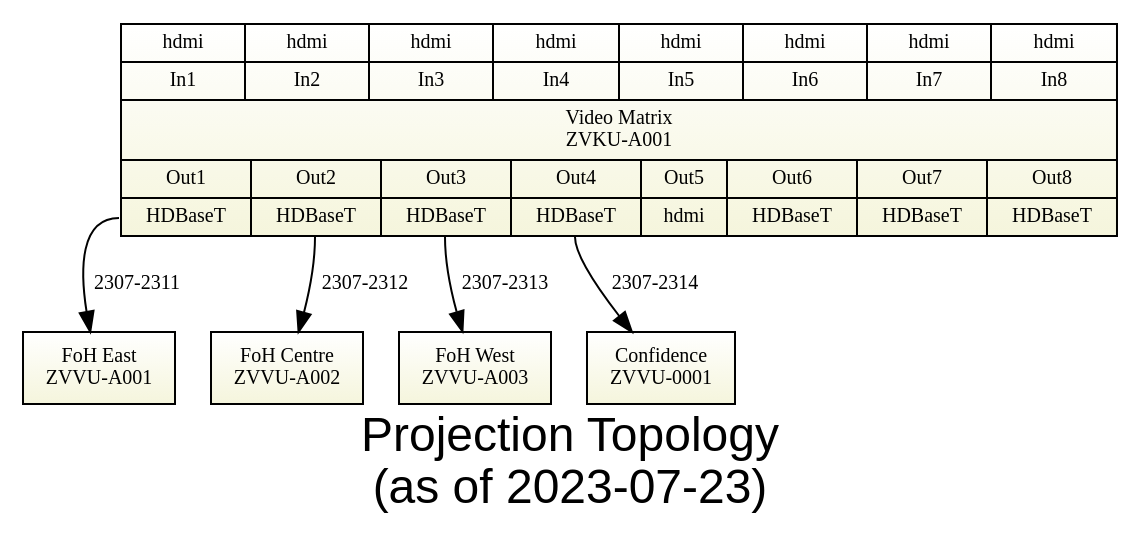
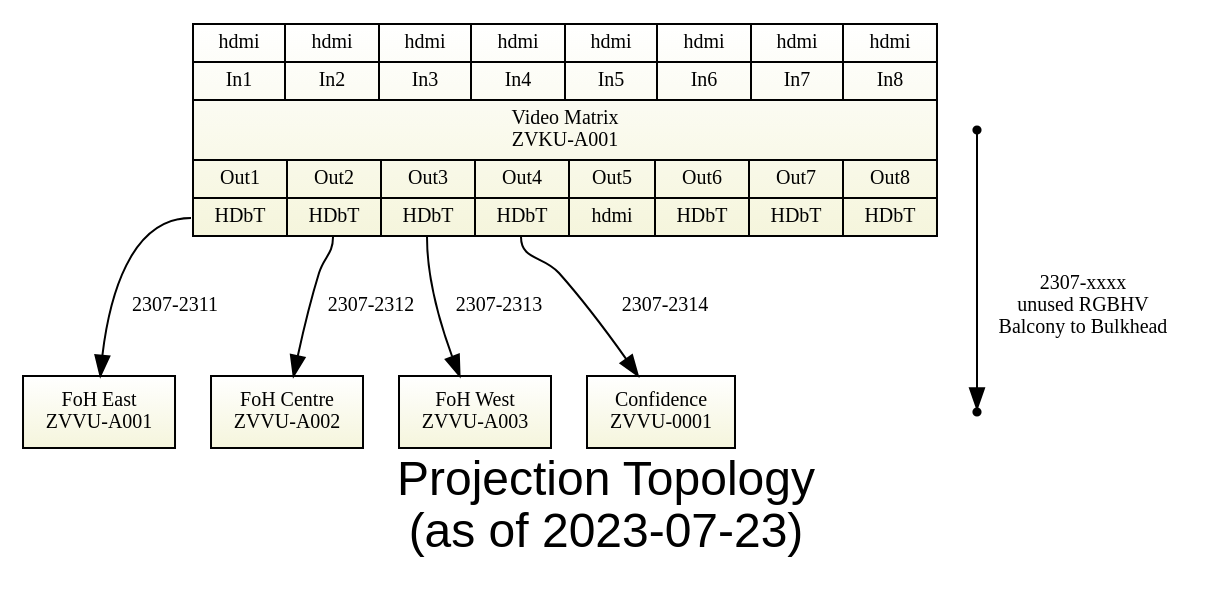
One commit to avmaint/uactechdoc changed the diagram in sdv-topology2-projection.gv. Above: the diagram before and after it, drawn with Graphviz.

Commit message:
added RGBHV cable

```diff
--- a/sdv-topology2-projection.gv
+++ b/sdv-topology2-projection.gv
@@ -1,26 +1,30 @@
 digraph projectiontopology { 
 graph [overlap = true, fontsize = 24, 
       label="Projection Topology\n(as of 2023-07-23)",
       fontname = Helvetica]
     
 node [shape=record, style=filled , fillcolor="white:beige",fontsize = 10,  
       gradientangle=270]
 zvkua001 [label="{
   {{<i1>hdmi|In1}|{<i2>hdmi|In2}|{<i3>hdmi|In3}|{<i4>hdmi|In4}|{<i5>hdmi|In5}|{<i6>hdmi|In6}|{<i7>hdmi|In7}|{<i8>hdmi|In8}}
   |Video Matrix\nZVKU-A001|
-  {{Out1|<o1>HDBaseT}|{Out2|<o2>HDBaseT}|{Out3|<o3>HDBaseT}|{Out4|<o4>HDBaseT}|{Out5|<o5>hdmi}|{Out6|<o6>HDBaseT}|{Out7|<o7>HDBaseT}|{Out8|<o8>HDBaseT} } }"]
+  {{Out1|<o1>HDbT}|{Out2|<o2>HDbT}|{Out3|<o3>HDbT}|{Out4|<o4>HDbT}|{Out5|<o5>hdmi}|{Out6|<o6>HDbT}|{Out7|<o7>HDbT}|{Out8|<o8>HDbT} } }"]
   
 node [shape=record, tooltip="" ]
  
 zvvua001 [label="{FoH East\nZVVU-A001}"] 
 zvvua002 [label="{FoH Centre\nZVVU-A002}"]
 zvvua003 [label="{FoH West\nZVVU-A003}"]
 zvvu0001 [label="{Confidence\nZVVU-0001}", tooltip="Rear Projector"]
    
 zvkua001:o1 -> zvvua001 [label="2307-2311" fontsize=10]
 zvkua001:o2 -> zvvua002 [label="2307-2312" fontsize=10]
 zvkua001:o3 -> zvvua003 [label="2307-2313" fontsize=10]
 zvkua001:o4 -> zvvu0001 [label="2307-2314" fontsize=10] 
+
+p1 [shape=point]
+p2 [shape=point]
+p1->p2 [label="2307-xxxx\nunused RGBHV\nBalcony to Bulkhead" fontsize=10]
   
 {rank=same; zvvua003; zvvua002; zvvua001; zvvu0001;  }
 } 
```
